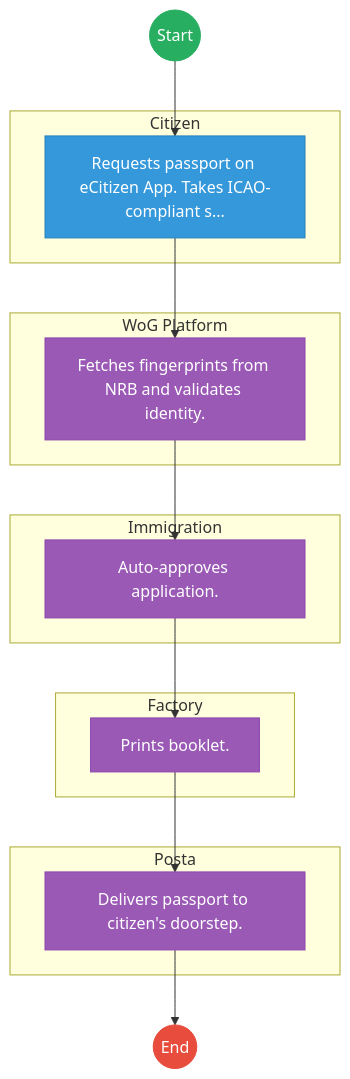
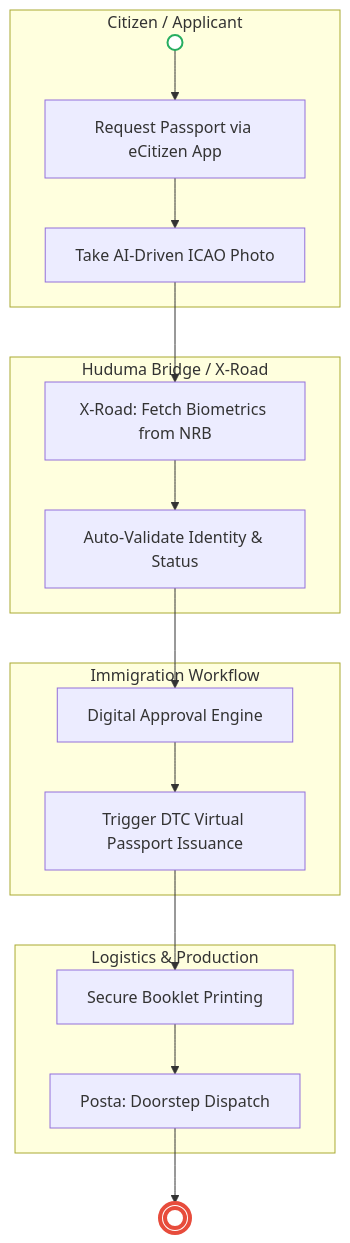
Before and after one commit to BITZ-IT-Consulting-LTD/ictapoc: the second of 2 diagrams in mdas/docs_final/STATE_DEPARTMENT_FOR_IMMIGRATION_AND_CITIZEN_SERVICES___Passport_Application.md, drawn with Mermaid. The commit also changed other lines of this file and 13 other files, not shown here.

````diff
--- a/mdas/docs_final/STATE_DEPARTMENT_FOR_IMMIGRATION_AND_CITIZEN_SERVICES___Passport_Application.md
+++ b/mdas/docs_final/STATE_DEPARTMENT_FOR_IMMIGRATION_AND_CITIZEN_SERVICES___Passport_Application.md
@@ -159,39 +126,27 @@
 ```mermaid
-graph TD
-    Start((Start)) --> S1
-
-    subgraph Citizen [Citizen]
-        S1["Requests passport on eCitizen App. Takes ICAO-compliant s..."]
+flowchart TD
+    subgraph Citizen["Citizen / Applicant"]
+        Start(( )) --> T1[Request Passport via eCitizen App]
+        T1 --> T2[Take AI-Driven ICAO Photo]
     end
 
-    subgraph WoG_Platform [WoG Platform]
-        S2["Fetches fingerprints from NRB and validates identity."]
+    subgraph Hub["Huduma Bridge / X-Road"]
+        T2 --> T3[X-Road: Fetch Biometrics from NRB]
+        T3 --> T4[Auto-Validate Identity & Status]
     end
 
-    subgraph Immigration [Immigration]
-        S3["Auto-approves application."]
+    subgraph Immigration["Immigration Workflow"]
+        T4 --> S1[Digital Approval Engine]
+        S1 --> S2[Trigger DTC Virtual Passport Issuance]
     end
 
-    subgraph Factory [Factory]
-        S4["Prints booklet."]
+    subgraph Logistics["Logistics & Production"]
+        S2 --> L1[Secure Booklet Printing]
+        L1 --> L2[Posta: Doorstep Dispatch]
     end
 
-    subgraph Posta [Posta]
-        S5["Delivers passport to citizen's doorstep."]
-    end
-    S1 --> S2
-    S2 --> S3
-    S3 --> S4
-    S4 --> S5
-    S5 --> End((End))
+    L2 --> End((( )))
 
-    classDef start fill:#27ae60,stroke:#27ae60,color:#fff;
-    classDef endNode fill:#e74c3c,stroke:#e74c3c,color:#fff;
-    classDef userTask fill:#3498db,stroke:#2980b9,color:#fff;
-    classDef serviceTask fill:#9b59b6,stroke:#8e44ad,color:#fff;
-
-    class Start start;
-    class End endNode;
-    class S1 userTask;
-    class S2,S3,S4,S5 serviceTask;
+    style Start fill:#fff,stroke:#27ae60,stroke-width:2px
+    style End fill:#fff,stroke:#e74c3c,stroke-width:4px
 ```
````
